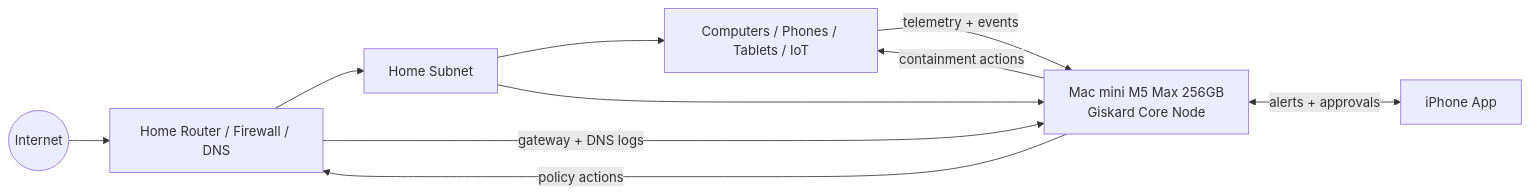
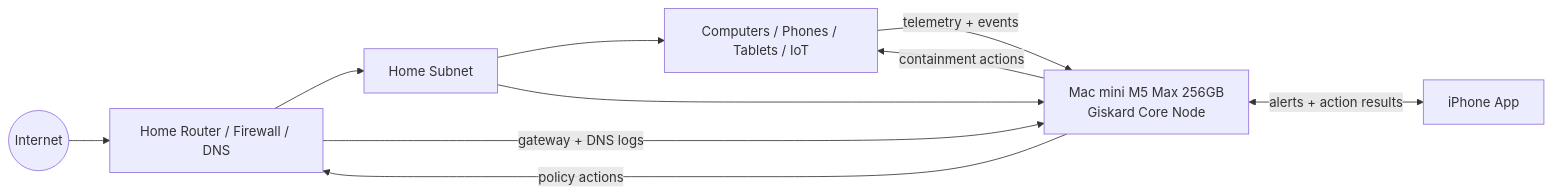
Before and after one commit to ericrkern/giskard: the first of 2 diagrams in docs/hardware.md, drawn with Mermaid. The commit also changed other lines of this file and 15 other files, not shown here.

Commit message:
docs: expand architecture, MVP plan, iPhone UI assets and specs

````diff
--- a/docs/hardware.md
+++ b/docs/hardware.md
@@ -20,20 +20,20 @@
 ```mermaid
 flowchart LR
     Internet((Internet))
     Router[Home Router / Firewall / DNS]
     Subnet[Home Subnet]
     Devices[Computers / Phones / Tablets / IoT]
     MacMini[Mac mini M5 Max 256GB<br/>Giskard Core Node]
     iPhone[iPhone App]
 
     Internet --> Router
     Router --> Subnet
     Subnet --> Devices
     Subnet --> MacMini
 
     Devices -->|telemetry + events| MacMini
     Router -->|gateway + DNS logs| MacMini
     MacMini -->|policy actions| Router
     MacMini -->|containment actions| Devices
-    MacMini <--> |alerts + approvals| iPhone
+    MacMini <--> |alerts + action results| iPhone
 ```
````
